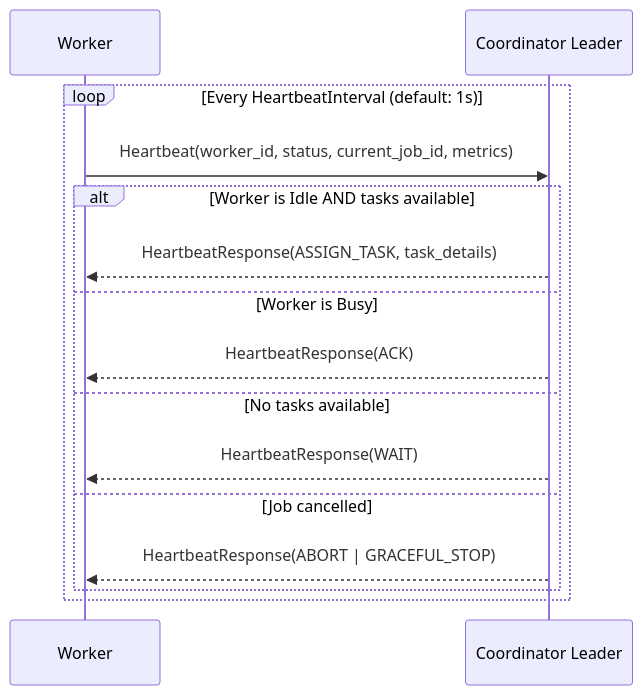
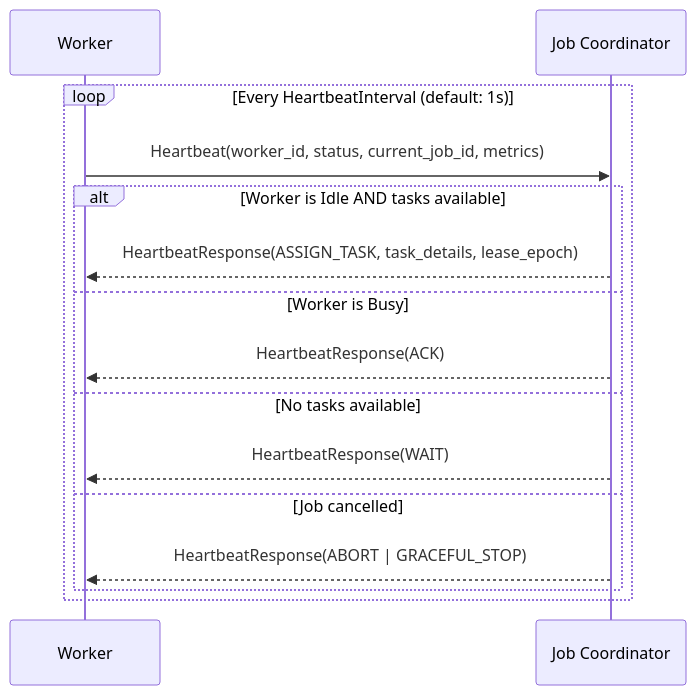
One commit to prateekpurohit13/frien changed the fourth of 29 diagrams in docs/FRIEN_ARCHITECTURE.md. Above: the diagram before and after it, drawn with Mermaid. The commit also changed other lines of this file, not shown here.

````diff
--- a/docs/FRIEN_ARCHITECTURE.md
+++ b/docs/FRIEN_ARCHITECTURE.md
@@ -336,18 +354,18 @@
 ```mermaid
 sequenceDiagram
     participant W as Worker
-    participant C as Coordinator Leader
+    participant C as Job Coordinator
 
     loop Every HeartbeatInterval (default: 1s)
         W->>C: Heartbeat(worker_id, status, current_job_id, metrics)
         alt Worker is Idle AND tasks available
-            C-->>W: HeartbeatResponse(ASSIGN_TASK, task_details)
+            C-->>W: HeartbeatResponse(ASSIGN_TASK, task_details, lease_epoch)
         else Worker is Busy
             C-->>W: HeartbeatResponse(ACK)
         else No tasks available
             C-->>W: HeartbeatResponse(WAIT)
         else Job cancelled
             C-->>W: HeartbeatResponse(ABORT | GRACEFUL_STOP)
         end
     end
 ```
````
